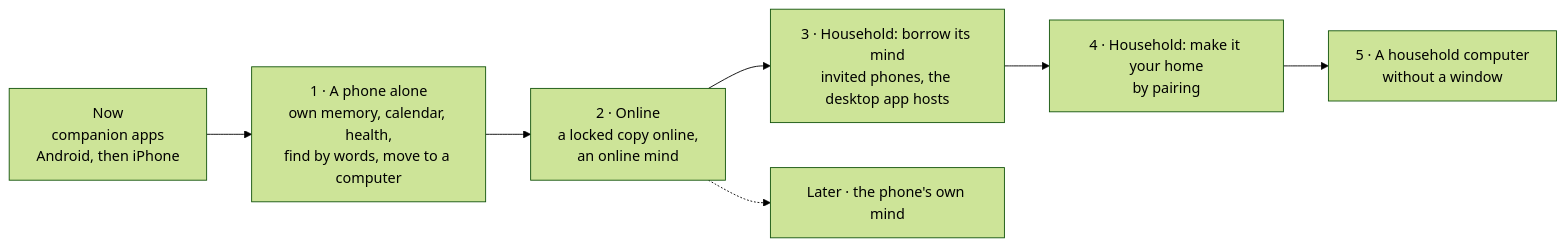
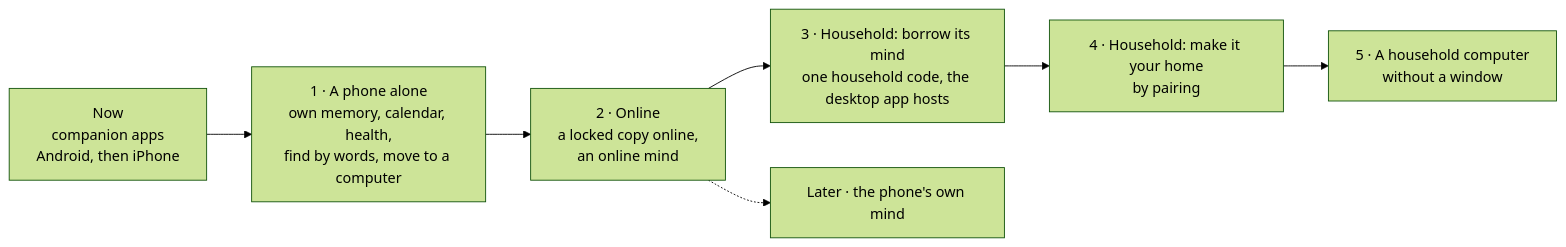
Before and after one commit to agync/nocturne: the fifth of 5 diagrams in docs/design/phone-parity.md, drawn with Mermaid (forest theme). The commit also changed other lines of this file and 26 other files, not shown here.

````diff
--- a/docs/design/phone-parity.md
+++ b/docs/design/phone-parity.md
@@ -363,9 +368,9 @@
 ```mermaid
 flowchart LR
     P0["Now<br/>companion apps<br/>Android, then iPhone"] --> P1["1 · A phone alone<br/>own memory, calendar, health,<br/>find by words, move to a computer"]
     P1 --> P2["2 · Online<br/>a locked copy online,<br/>an online mind"]
-    P2 --> P3["3 · Household: borrow its mind<br/>invited phones, the desktop app hosts"]
+    P2 --> P3["3 · Household: borrow its mind<br/>one household code, the desktop app hosts"]
     P3 --> P4["4 · Household: make it your home<br/>by pairing"]
     P4 --> P5["5 · A household computer<br/>without a window"]
     P2 -.-> M["Later · the phone's own mind"]
 ```
````
